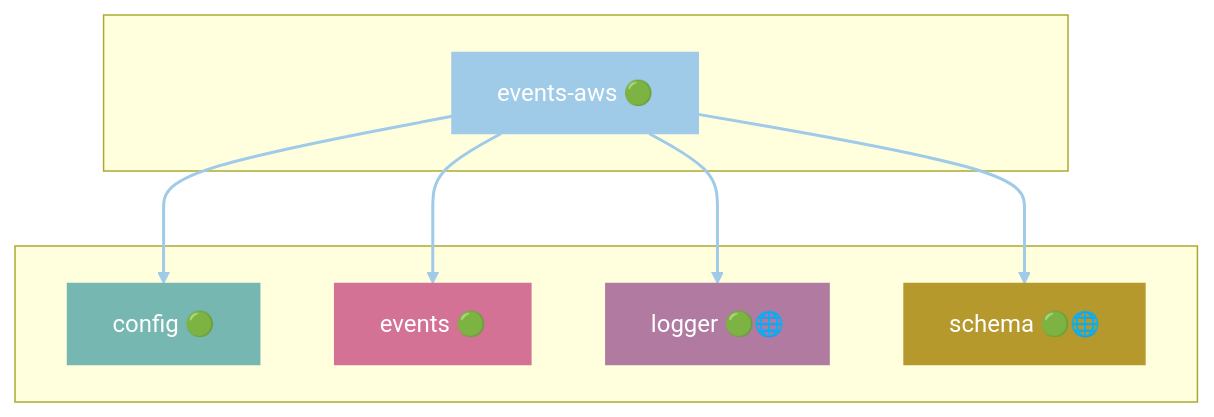
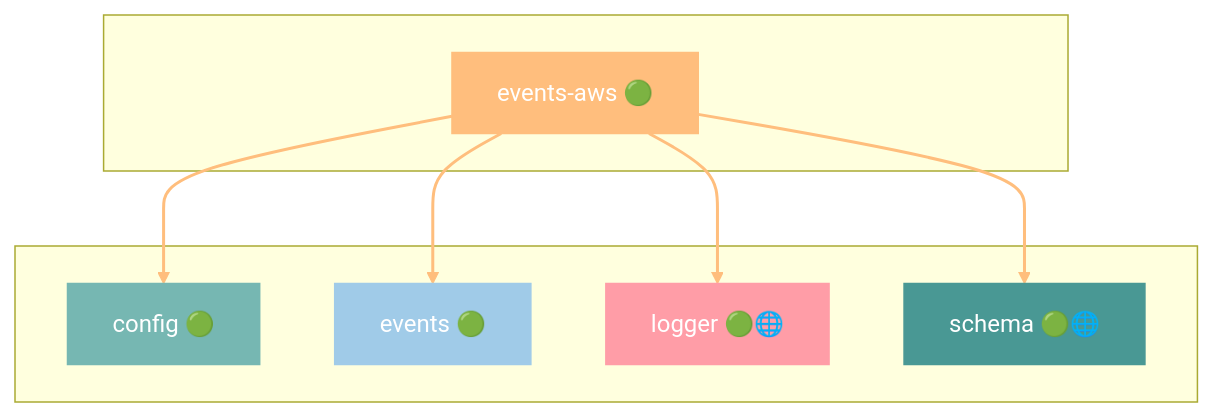
Before and after one commit to grest-ts/grest-ts: diagram 18 of 43 in docs/DEPENDENCIES.md, drawn with Mermaid. The commit also changed other lines of this file and 14 other files, not shown here.

````diff
--- a/docs/DEPENDENCIES.md
+++ b/docs/DEPENDENCIES.md
@@ -909,25 +951,25 @@
 ```mermaid
 flowchart TB
     subgraph Package[" "]
         events-aws["events-aws 🟢"]
     end
     subgraph Dependencies[" "]
         config["config 🟢"]
         events["events 🟢"]
         logger["logger 🟢🌐"]
         schema["schema 🟢🌐"]
     end
     events-aws --> config
     events-aws --> events
     events-aws --> logger
     events-aws --> schema
-    style events-aws fill:#A0CBE8,stroke:#A0CBE8,color:#fff
+    style events-aws fill:#FFBE7D,stroke:#FFBE7D,color:#fff
     style config fill:#76B7B2,stroke:#76B7B2,color:#fff
-    style events fill:#D37295,stroke:#D37295,color:#fff
-    style logger fill:#B07AA1,stroke:#B07AA1,color:#fff
-    style schema fill:#B6992D,stroke:#B6992D,color:#fff
-    linkStyle 0 stroke:#A0CBE8,stroke-width:2px
-    linkStyle 1 stroke:#A0CBE8,stroke-width:2px
-    linkStyle 2 stroke:#A0CBE8,stroke-width:2px
-    linkStyle 3 stroke:#A0CBE8,stroke-width:2px
+    style events fill:#A0CBE8,stroke:#A0CBE8,color:#fff
+    style logger fill:#FF9DA7,stroke:#FF9DA7,color:#fff
+    style schema fill:#499894,stroke:#499894,color:#fff
+    linkStyle 0 stroke:#FFBE7D,stroke-width:2px
+    linkStyle 1 stroke:#FFBE7D,stroke-width:2px
+    linkStyle 2 stroke:#FFBE7D,stroke-width:2px
+    linkStyle 3 stroke:#FFBE7D,stroke-width:2px
 ```
````
